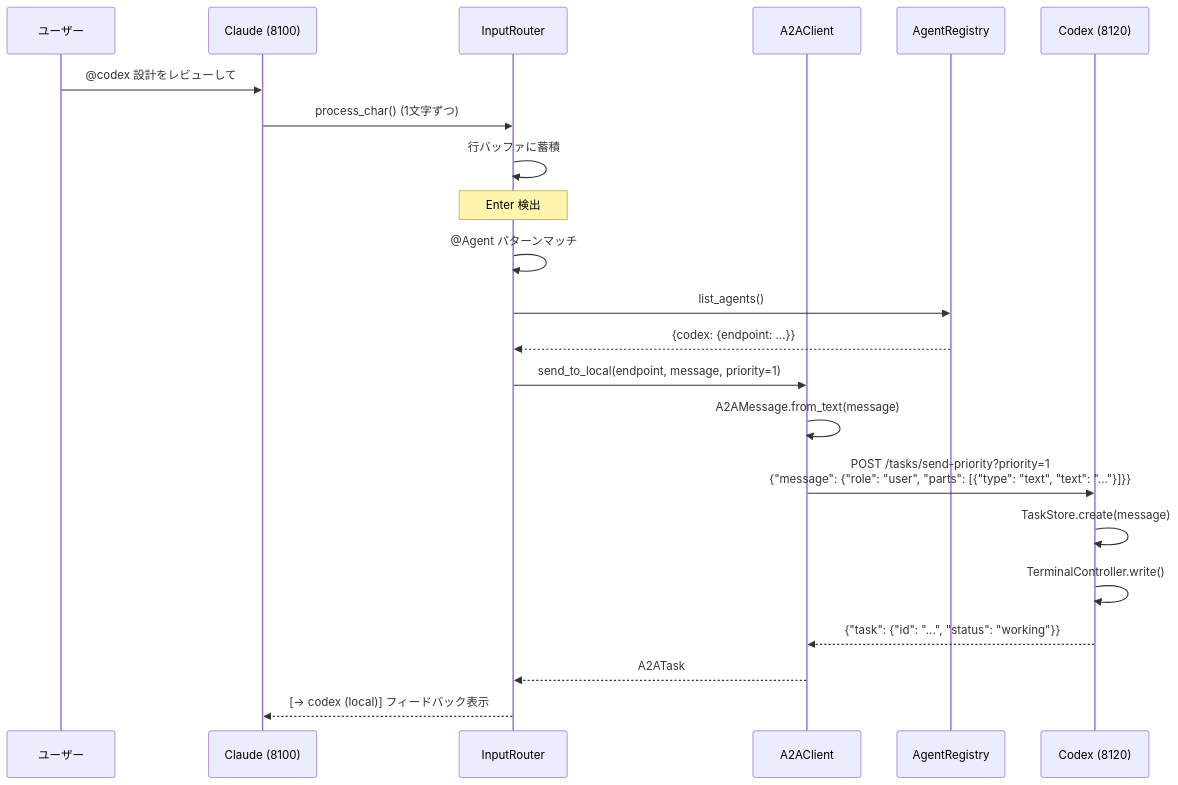
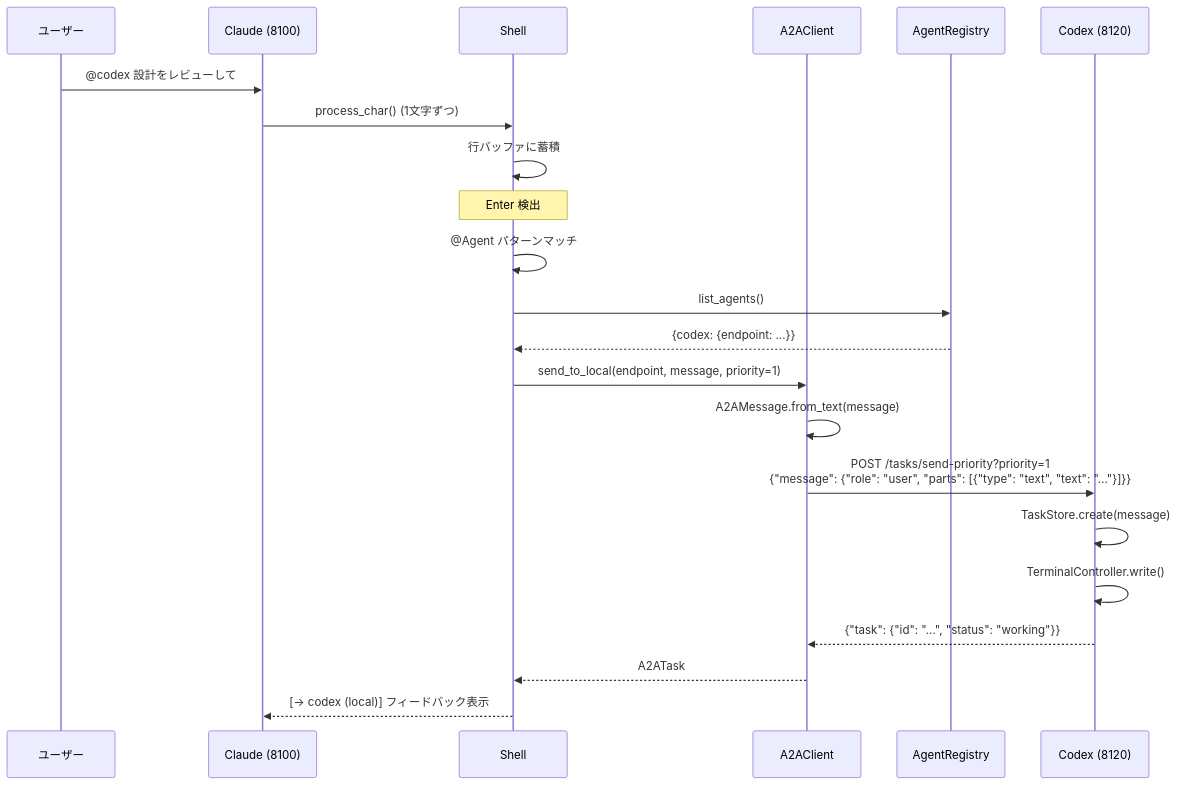
Diagram 12 of 21 in guides/architecture.md (s-hiraoku/synapse-a2a), drawn with Mermaid before and after one commit. The commit also changed other lines of this file and 16 other files, not shown here.

First line of the commit message:
docs: update InputRouter refs to Shell, fix stale links and badges

````diff
--- a/guides/architecture.md
+++ b/guides/architecture.md
@@ -491,25 +491,25 @@
 ```mermaid
 sequenceDiagram
     participant User as ユーザー
     participant Claude as Claude (8100)
-    participant IR as InputRouter
+    participant IR as Shell
     participant A2AClient as A2AClient
     participant Registry as AgentRegistry
     participant Codex as Codex (8120)
 
     User->>Claude: @codex 設計をレビューして
     Claude->>IR: process_char() (1文字ずつ)
     IR->>IR: 行バッファに蓄積
     Note over IR: Enter 検出
     IR->>IR: @Agent パターンマッチ
     IR->>Registry: list_agents()
     Registry-->>IR: {codex: {endpoint: ...}}
     IR->>A2AClient: send_to_local(endpoint, message, priority=1)
     A2AClient->>A2AClient: A2AMessage.from_text(message)
     A2AClient->>Codex: POST /tasks/send-priority?priority=1<br/>{"message": {"role": "user", "parts": [{"type": "text", "text": "..."}]}}
     Codex->>Codex: TaskStore.create(message)
     Codex->>Codex: TerminalController.write()
     Codex-->>A2AClient: {"task": {"id": "...", "status": "working"}}
     A2AClient-->>IR: A2ATask
     IR-->>Claude: [→ codex (local)] フィードバック表示
 ```
````
